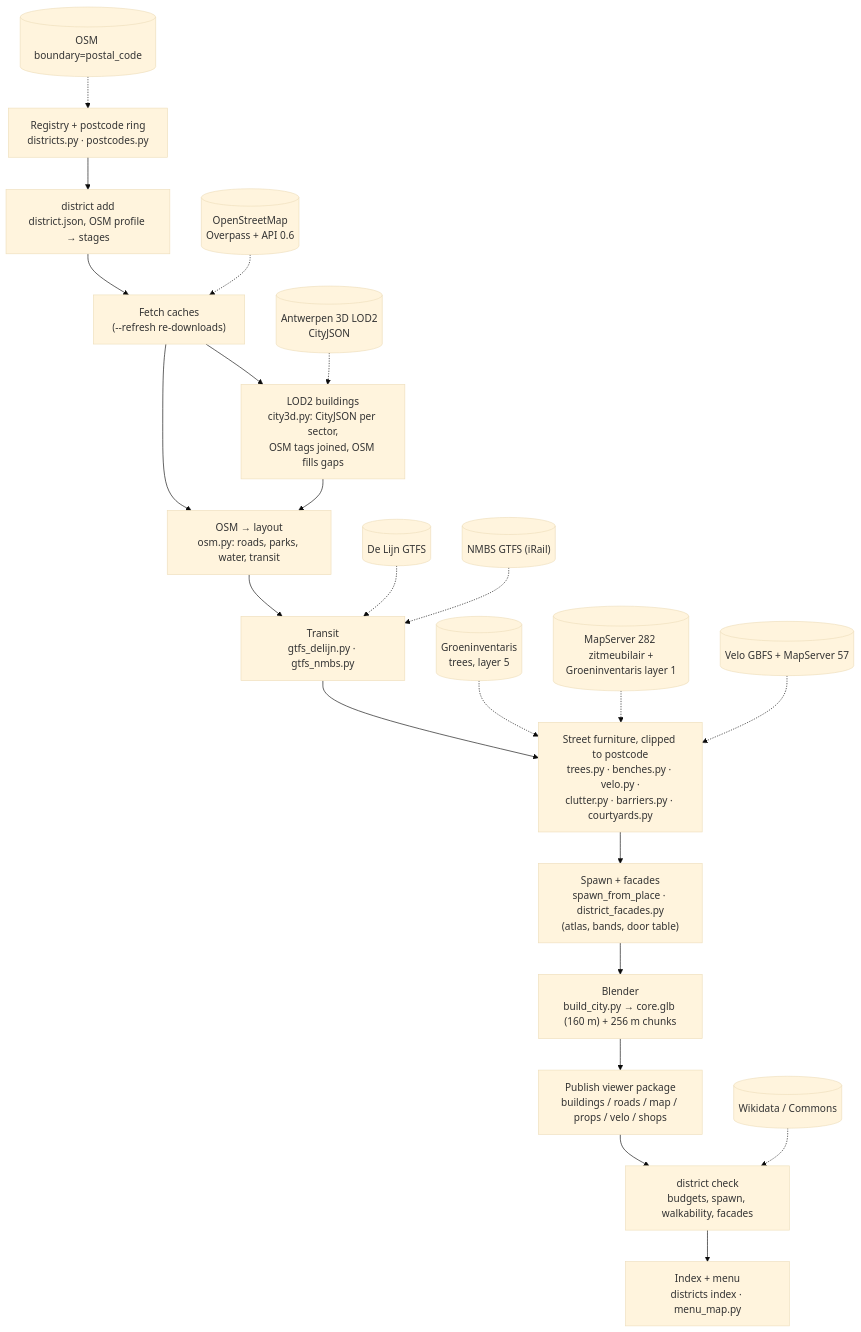
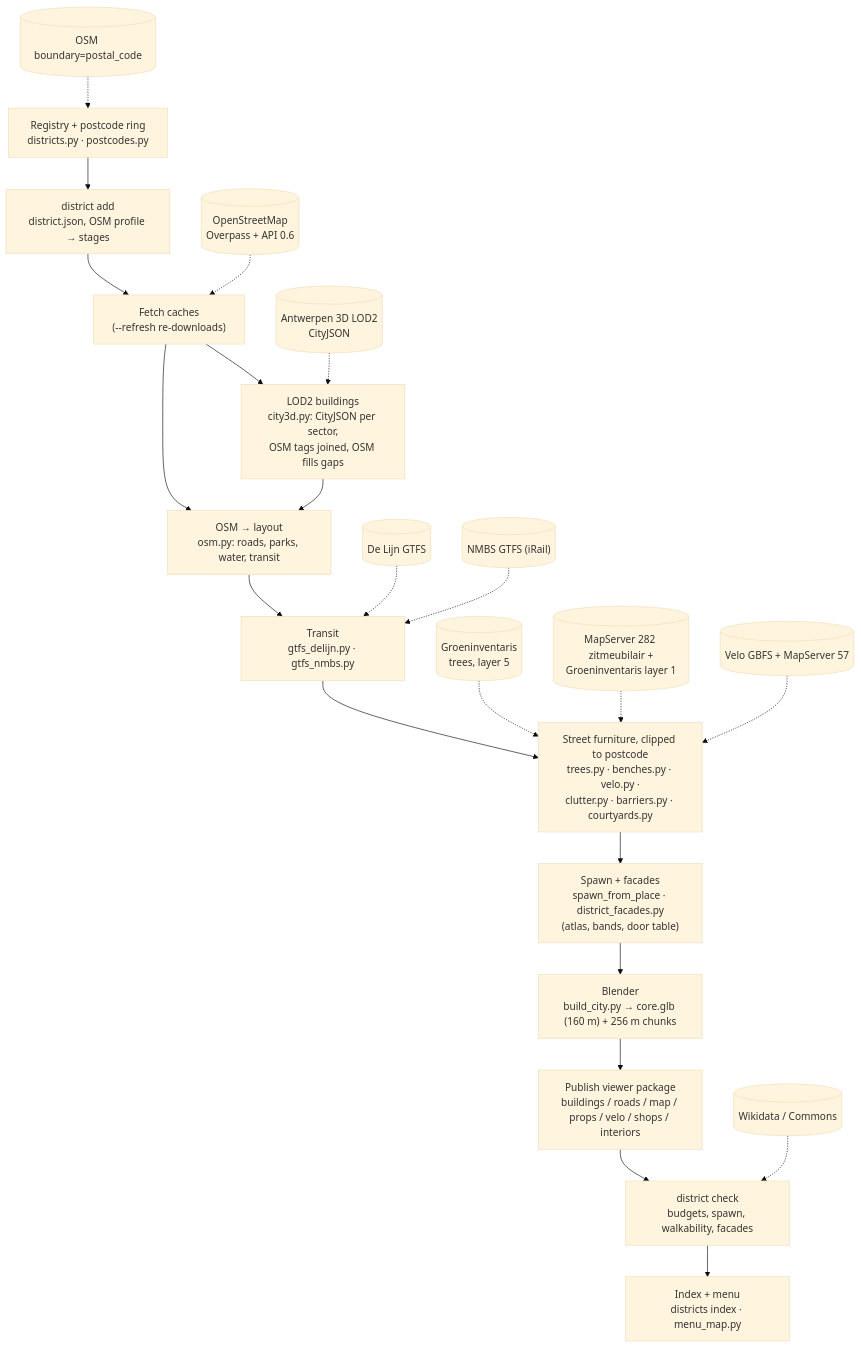
The diagram in docs/city-pipeline.md (bitspleaseBE/metropolis), drawn with Mermaid (base theme) before and after one commit. The commit also changed other lines of this file and 146 other files, not shown here.

First line of the commit message:
Walk into shops: procedural interiors with staff, customers, door glow and Metropolis loading art.

````diff
--- a/docs/city-pipeline.md
+++ b/docs/city-pipeline.md
@@ -27,35 +28,35 @@
 ```mermaid
 flowchart TD
     REG["Registry + postcode ring<br/>districts.py · postcodes.py"] --> ADD["district add<br/>district.json, OSM profile → stages"]
     ADD --> FETCH["Fetch caches<br/>(--refresh re-downloads)"]
     FETCH --> LAYOUT["OSM → layout<br/>osm.py: roads, parks, water, transit"]
     FETCH --> LOD2["LOD2 buildings<br/>city3d.py: CityJSON per sector,<br/>OSM tags joined, OSM fills gaps"]
     LOD2 --> LAYOUT
     LAYOUT --> TRANSIT["Transit<br/>gtfs_delijn.py · gtfs_nmbs.py"]
     TRANSIT --> FURN["Street furniture, clipped to postcode<br/>trees.py · benches.py · velo.py ·<br/>clutter.py · barriers.py · courtyards.py"]
     FURN --> SPAWN["Spawn + facades<br/>spawn_from_place · district_facades.py<br/>(atlas, bands, door table)"]
     SPAWN --> BLENDER["Blender<br/>build_city.py → core.glb (160 m) + 256 m chunks"]
-    BLENDER --> PUBLISH["Publish viewer package<br/>buildings / roads / map / props / velo / shops"]
+    BLENDER --> PUBLISH["Publish viewer package<br/>buildings / roads / map / props / velo / shops / interiors"]
     PUBLISH --> CHECK["district check<br/>budgets, spawn, walkability, facades"]
     CHECK --> MENU["Index + menu<br/>districts index · menu_map.py"]
 
     OSMSRC[("OpenStreetMap<br/>Overpass + API 0.6")] -.-> FETCH
     PCSRC[("OSM boundary=postal_code")] -.-> REG
     A3D[("Antwerpen 3D LOD2<br/>CityJSON")] -.-> LOD2
     GTFS1[("De Lijn GTFS")] -.-> TRANSIT
     GTFS2[("NMBS GTFS (iRail)")] -.-> TRANSIT
     TREES[("Groeninventaris<br/>trees, layer 5")] -.-> FURN
     BENCH[("MapServer 282 zitmeubilair +<br/>Groeninventaris layer 1")] -.-> FURN
     VELO[("Velo GBFS + MapServer 57")] -.-> FURN
     REFS[("Wikidata / Commons")] -.-> CHECK
 
     click OSMSRC "https://overpass-api.de/" _blank
     click PCSRC "https://wiki.openstreetmap.org/wiki/Tag:boundary%3Dpostal_code" _blank
     click A3D "https://s3-ant1.antwerpen.be/prd-3d/3d.geojson" _blank
     click GTFS1 "https://opendata-discovery-gtfs-static.api.production.belgianmobility.io" _blank
     click GTFS2 "https://gtfs.irail.be/nmbs/gtfs/latest.zip" _blank
     click TREES "https://geodata.antwerpen.be/arcgissql/rest/services/P_Groeninventaris/Groeninventaris_extern/MapServer/5" _blank
     click BENCH "https://geodata.antwerpen.be/arcgissql/rest/services/P_Portal/portal_publiek4/MapServer/282" _blank
     click VELO "https://gbfs.smartbike.com/antwerp/1.0/gbfs.json" _blank
     click REFS "https://www.wikidata.org/" _blank
 ```
````
